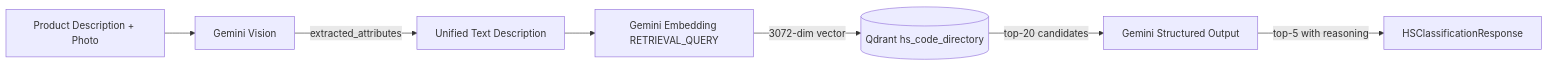
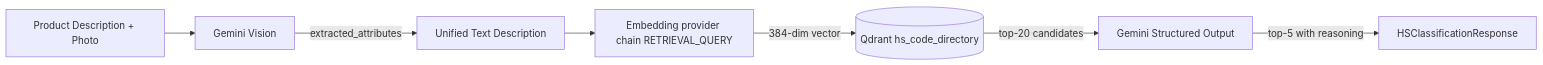
Before and after one commit to Laurentzius/smartkeden: the third of 3 diagrams in flows/features/hs_classification_flow.md, drawn with Mermaid. The commit also changed other lines of this file and 32 other files, not shown here.

````diff
--- a/flows/features/hs_classification_flow.md
+++ b/flows/features/hs_classification_flow.md
@@ -73,9 +73,9 @@
 ```mermaid
 flowchart LR
   Input[Product Description + Photo] --> Vision[Gemini Vision]
   Vision -->|extracted_attributes| Text[Unified Text Description]
-  Text --> Embedder[Gemini Embedding RETRIEVAL_QUERY]
-  Embedder -->|3072-dim vector| Qdrant[(Qdrant hs_code_directory)]
+  Text --> Embedder[Embedding provider chain RETRIEVAL_QUERY]
+  Embedder -->|384-dim vector| Qdrant[(Qdrant hs_code_directory)]
   Qdrant -->|top-20 candidates| Selector[Gemini Structured Output]
   Selector -->|top-5 with reasoning| Output[HSClassificationResponse]
 ```
````
